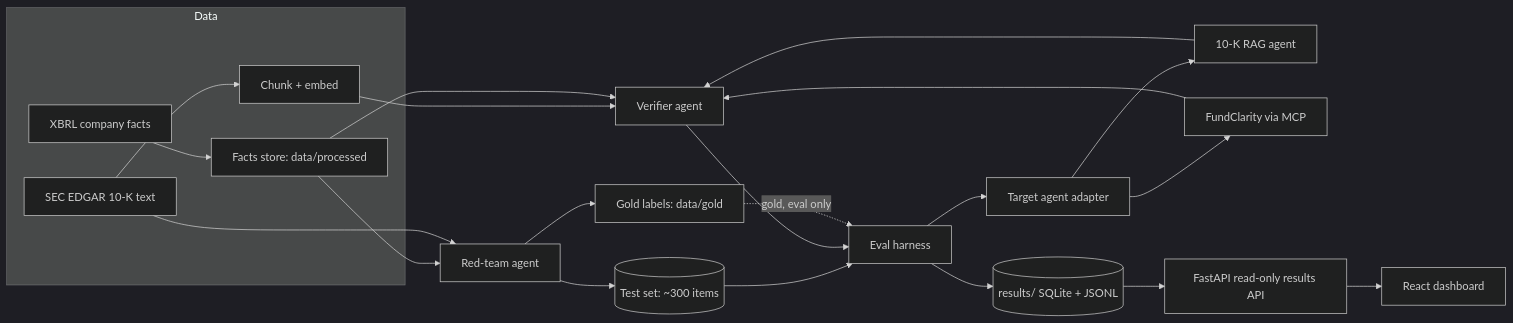
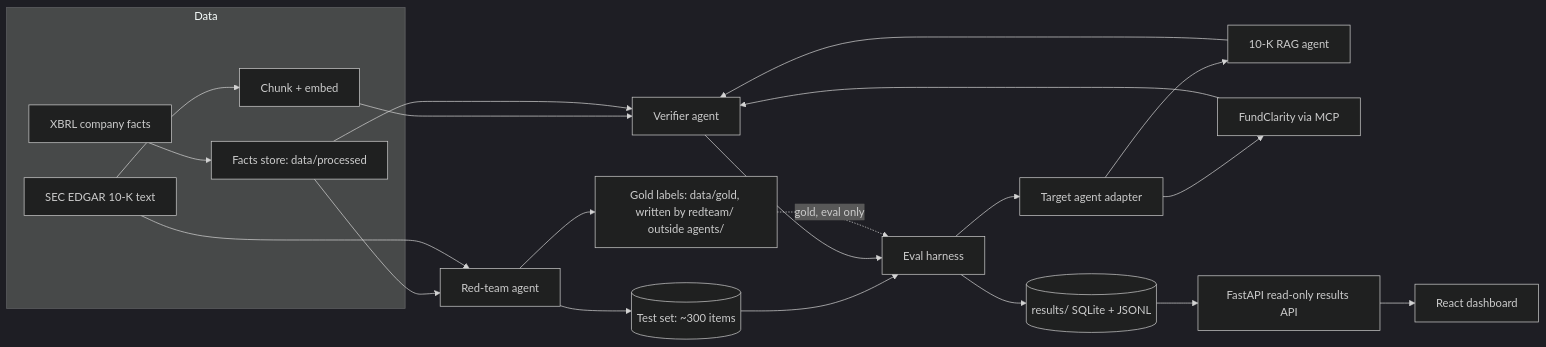
Before and after one commit to 1Arnav2/FilingGuard: the diagram in docs/TRD.md, drawn with Mermaid (dark theme). The commit also changed other lines of this file and 24 other files, not shown here.

````diff
--- a/docs/TRD.md
+++ b/docs/TRD.md
@@ -7,24 +7,24 @@
 ```mermaid
 flowchart LR
   subgraph Data
     E[SEC EDGAR 10-K text] --> C[Chunk + embed]
     X[XBRL company facts] --> F[Facts store: data/processed]
   end
   F --> R[Red-team agent]
   E --> R
   R --> T[(Test set: ~300 items)]
-  R --> G[Gold labels: data/gold]
+  R --> G[Gold labels: data/gold, written by redteam/ outside agents/]
   T --> H[Eval harness]
   H --> A[Target agent adapter]
   A --> A1[10-K RAG agent]
   A --> A2[FundClarity via MCP]
   A1 --> V[Verifier agent]
   A2 --> V
   C --> V
   F --> V
   V --> H
   G -.gold, eval only.-> H
   H --> S[(results/ SQLite + JSONL)]
   S --> API[FastAPI read-only results API]
   API --> D[React dashboard]
 ```
````
